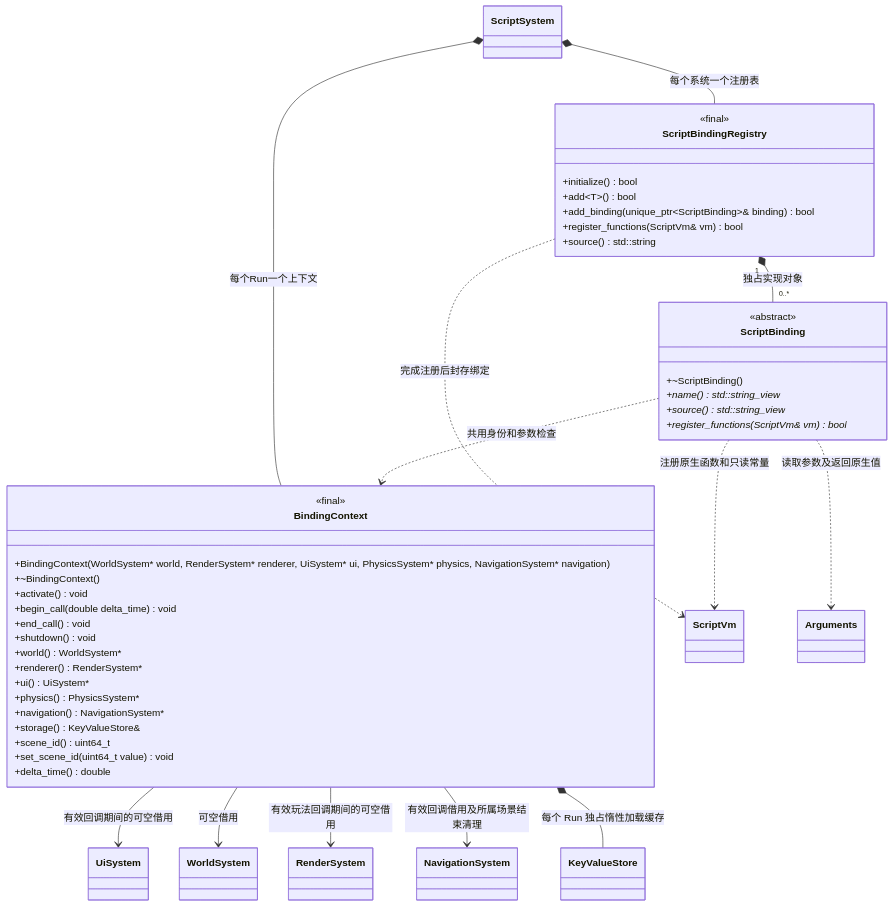
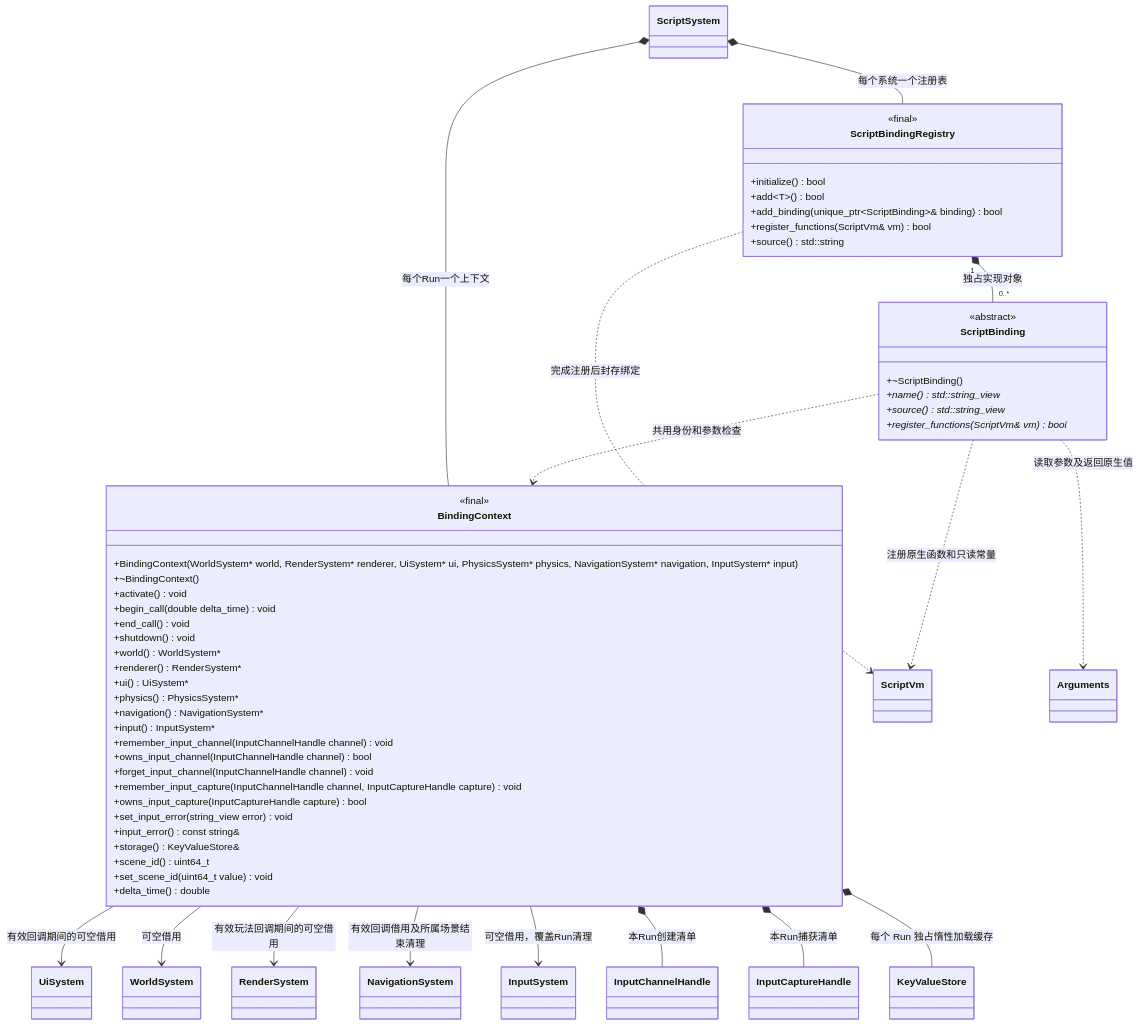
Before and after one commit to lcals/Engine: the first of 5 diagrams in docs/plugins/runtime/class-diagrams/script-bindings.md, drawn with Mermaid. The commit also changed other lines of this file and 64 other files, not shown here.

````diff
--- a/docs/plugins/runtime/class-diagrams/script-bindings.md
+++ b/docs/plugins/runtime/class-diagrams/script-bindings.md
@@ -9,57 +13,71 @@
 ```mermaid
 classDiagram
     direction TB
     class ScriptBinding {
         <<abstract>>
         +~ScriptBinding()
         +name() std::string_view*
         +source() std::string_view*
         +register_functions(ScriptVm& vm) bool*
     }
     class ScriptBindingRegistry {
         <<final>>
         +initialize() bool
         +add~T~() bool
         +add_binding(unique_ptr~ScriptBinding~& binding) bool
         +register_functions(ScriptVm& vm) bool
         +source() std::string
     }
     class BindingContext {
         <<final>>
-        +BindingContext(WorldSystem#42; world, RenderSystem#42; renderer, UiSystem#42; ui, PhysicsSystem#42; physics, NavigationSystem#42; navigation)
+        +BindingContext(WorldSystem#42; world, RenderSystem#42; renderer, UiSystem#42; ui, PhysicsSystem#42; physics, NavigationSystem#42; navigation, InputSystem#42; input)
         +~BindingContext()
         +activate() void
         +begin_call(double delta_time) void
         +end_call() void
         +shutdown() void
         +world() WorldSystem#42;
         +renderer() RenderSystem#42;
         +ui() UiSystem#42;
         +physics() PhysicsSystem#42;
         +navigation() NavigationSystem#42;
+        +input() InputSystem#42;
+        +remember_input_channel(InputChannelHandle channel) void
+        +owns_input_channel(InputChannelHandle channel) bool
+        +forget_input_channel(InputChannelHandle channel) void
+        +remember_input_capture(InputChannelHandle channel, InputCaptureHandle capture) void
+        +owns_input_capture(InputCaptureHandle capture) bool
+        +set_input_error(string_view error) void
+        +input_error() const string&
         +storage() KeyValueStore&
         +scene_id() uint64_t
         +set_scene_id(uint64_t value) void
         +delta_time() double
     }
     class ScriptVm
     class Arguments
     class ScriptSystem
     class WorldSystem
     class RenderSystem
     class UiSystem
     class NavigationSystem
+    class InputSystem
+    class InputChannelHandle
+    class InputCaptureHandle
     class KeyValueStore
     ScriptBindingRegistry "1" *-- "0..*" ScriptBinding : 独占实现对象
     ScriptBinding ..> ScriptVm : 注册原生函数和只读常量
     ScriptBinding ..> Arguments : 读取参数及返回原生值
     ScriptBinding ..> BindingContext : 共用身份和参数检查
     ScriptBindingRegistry ..> ScriptVm : 完成注册后封存绑定
     ScriptSystem *-- ScriptBindingRegistry : 每个系统一个注册表
     ScriptSystem *-- BindingContext : 每个Run一个上下文
     BindingContext --> UiSystem : 有效回调期间的可空借用
     BindingContext --> WorldSystem : 可空借用
     BindingContext --> RenderSystem : 有效玩法回调期间的可空借用
     BindingContext --> NavigationSystem : 有效回调借用及所属场景结束清理
+    BindingContext --> InputSystem : 可空借用，覆盖Run清理
+    BindingContext *-- InputChannelHandle : 本Run创建清单
+    BindingContext *-- InputCaptureHandle : 本Run捕获清单
     BindingContext *-- KeyValueStore : 每个 Run 独占惰性加载缓存
 ```
````
